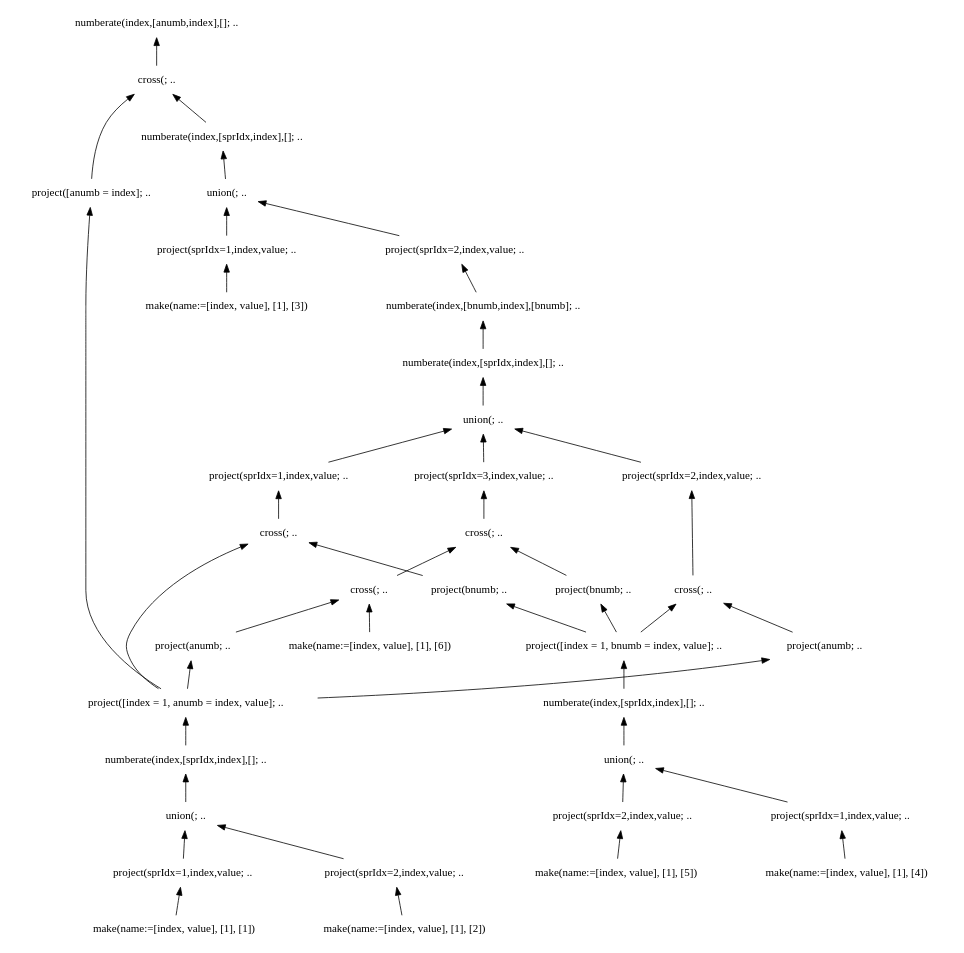
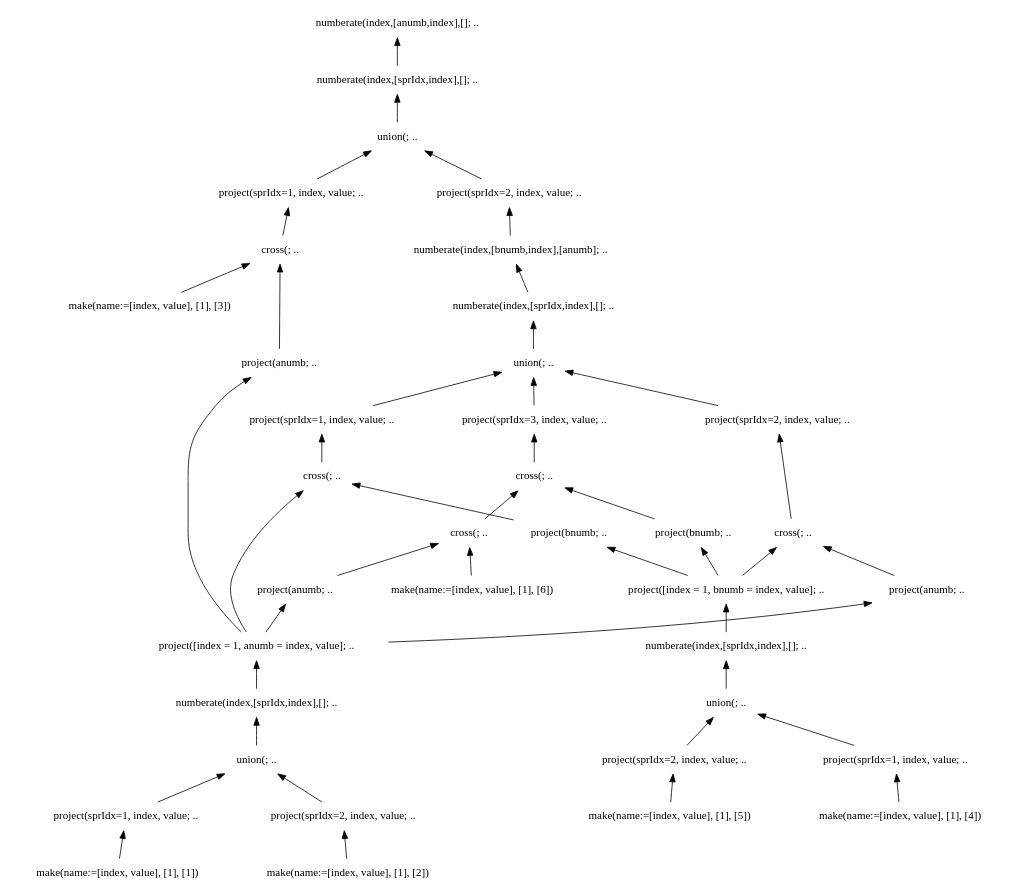
One commit to andrerav/xqft-parser changed the diagram in doc/graph_src/td_impl_flwor_complex_xq_relalg_dag.dot. Above: the diagram before and after it, drawn with Graphviz. The commit also changed 33 other files, not shown here.

```diff
--- a/doc/graph_src/td_impl_flwor_complex_xq_relalg_dag.dot
+++ b/doc/graph_src/td_impl_flwor_complex_xq_relalg_dag.dot
@@ -1,107 +1,99 @@
 digraph AST {
-
 edge [color=black, dir=both, weight=1, fontcolor=black, arrowhead=none, arrowtail=normal]
 node [shape=plaintext]
 numberate1 [label="numberate(index,[anumb,index],[]; .."]
-  numberate1 -> cross2
-cross2 [label="cross(; .."]
-    cross2 -> project3
-project3 [label="project([anumb = index]; .."]
-      project3 -> projectx121
+  numberate1 -> numberate2
+numberate2 [label="numberate(index,[sprIdx,index],[]; .."]
+    numberate2 -> union3
+union3 [label="union(; .."]
+      union3 -> project4
+project4 [label="project(sprIdx=1, index, value; .."]
+        project4 -> cross5
+cross5 [label="cross(; .."]
+          cross5 -> project6
+project6 [label="project(anumb; .."]
+            project6 -> project7
 
 
 
-      cross2 -> numberate11
-numberate11 [label="numberate(index,[sprIdx,index],[]; .."]
-        numberate11 -> union12
-union12 [label="union(; .."]
-          union12 -> project13
-project13 [label="project(sprIdx=1,index,value; .."]
-            project13 -> make14
-make14 [label="make(name:=[index, value], [1], [3])"]
-            union12 -> project15
-project15 [label="project(sprIdx=2,index,value; .."]
-              project15 -> numberate16
-numberate16 [label="numberate(index,[bnumb,index],[bnumb]; .."]
-                numberate16 -> numberate17
-numberate17 [label="numberate(index,[sprIdx,index],[]; .."]
-                  numberate17 -> union18
-union18 [label="union(; .."]
-                    union18 -> project19
-project19 [label="project(sprIdx=1,index,value; .."]
-                      project19 -> cross20
-cross20 [label="cross(; .."]
-                        cross20 -> project21
-project21 [label="project(bnumb; .."]
-                          project21 -> projectx451
-                          
-                          
-                          
-
-projectx451 [label="project([index = 1, bnumb = index, value]; .."]
-                            projectx451 -> numberatex451
-numberatex451 [label="numberate(index,[sprIdx,index],[]; .."]
-                              numberatex451 -> unionx451
-unionx451 [label="union(; .."]
-                                unionx451 -> projectx452
-projectx452 [label="project(sprIdx=1,index,value; .."]
-                                  projectx452 -> makex451
-makex451 [label="make(name:=[index, value], [1], [4])"]
-                                  unionx451 -> projectx453
-projectx453 [label="project(sprIdx=2,index,value; .."]
-                                    projectx453 -> makex452
-makex452 [label="make(name:=[index, value], [1], [5])"]
+project7 [label="project([index = 1, anumb = index, value]; .."]
+              project7 -> numberate8
+numberate8 [label="numberate(index,[sprIdx,index],[]; .."]
+                numberate8 -> union9
+union9 [label="union(; .."]
+                  union9 -> project10
+project10 [label="project(sprIdx=1, index, value; .."]
+                    project10 -> make11
+make11 [label="make(name:=[index, value], [1], [1])"]
+                    union9 -> project12
+project12 [label="project(sprIdx=2, index, value; .."]
+                      project12 -> make13
+make13 [label="make(name:=[index, value], [1], [2])"]
 
 
 
+            cross5 -> make14
+make14 [label="make(name:=[index, value], [1], [3])"]
+        union3 -> project15
+project15 [label="project(sprIdx=2, index, value; .."]
+          project15 -> numberate16
+numberate16 [label="numberate(index,[bnumb,index],[anumb]; .."]
+            numberate16 -> numberate17
+numberate17 [label="numberate(index,[sprIdx,index],[]; .."]
+              numberate17 -> union18
+union18 [label="union(; .."]
+                union18 -> project19
+project19 [label="project(sprIdx=1, index, value; .."]
+                  project19 -> cross20
+cross20 [label="cross(; .."]
+                    cross20 -> project21
+project21 [label="project(bnumb; .."]
+                      project21 -> project22
 
-                          cross20 -> projectx121
+project22 [label="project([index = 1, bnumb = index, value]; .."]
+                        project22 -> numberate23
+numberate23 [label="numberate(index,[sprIdx,index],[]; .."]
+                          numberate23 -> union24
+union24 [label="union(; .."]
+                            union24 -> project25
+project25 [label="project(sprIdx=1, index, value; .."]
+                              project25 -> make26
+make26 [label="make(name:=[index, value], [1], [4])"]
+                              union24 -> project27
+project27 [label="project(sprIdx=2, index, value; .."]
+                                project27 -> make28
+make28 [label="make(name:=[index, value], [1], [5])"]
 
-                      union18 -> project36
-project36 [label="project(sprIdx=2,index,value; .."]
-                        project36 -> cross37
-cross37 [label="cross(; .."]
-                          cross37 -> project38
-project38 [label="project(anumb; .."]
-                            project38 -> projectx121
-                            cross37 -> projectx451
+                      cross20 -> project7
 
 
 
-
-                        union18 -> project53
-project53 [label="project(sprIdx=3,index,value; .."]
-                          project53 -> cross54
-cross54 [label="cross(; .."]
-                            cross54 -> project55
-project55 [label="project(bnumb; .."]
-                              project55 -> projectx451
+                  union18 -> project36
+project36 [label="project(sprIdx=2, index, value; .."]
+                    project36 -> cross37
+cross37 [label="cross(; .."]
+                      cross37 -> project38
+project38 [label="project(anumb; .."]
+                        project38 -> project7
 
 
-                              cross54 -> cross63
+                        cross37 -> project22
+                        
+                    union18 -> project53
+project53 [label="project(sprIdx=3, index, value; .."]
+                      project53 -> cross54
+cross54 [label="cross(; .."]
+                        cross54 -> project55
+project55 [label="project(bnumb; .."]
+                          project55 -> project22
+                          
+                          cross54 -> cross63
 cross63 [label="cross(; .."]
-                                cross63 -> project64
+                            cross63 -> project64
 project64 [label="project(anumb; .."]
-                                  project64 -> projectx121
+                              project64 -> project7
 
-
-
-projectx121 [label="project([index = 1, anumb = index, value]; .."]
-                                    projectx121 -> numberatex121
-numberatex121 [label="numberate(index,[sprIdx,index],[]; .."]
-                                      numberatex121 -> unionx121
-unionx121 [label="union(; .."]
-                                        unionx121 -> projectx122
-projectx122 [label="project(sprIdx=1,index,value; .."]
-                                          projectx122 -> makex121
-makex121 [label="make(name:=[index, value], [1], [1])"]
-                                          unionx121 -> projectx123
-projectx123 [label="project(sprIdx=2,index,value; .."]
-                                            projectx123 -> makex122
-makex122 [label="make(name:=[index, value], [1], [2])"]
-
-
-                                  cross63 -> make72
+                              cross63 -> make72
 make72 [label="make(name:=[index, value], [1], [6])"]
 
 }
```
